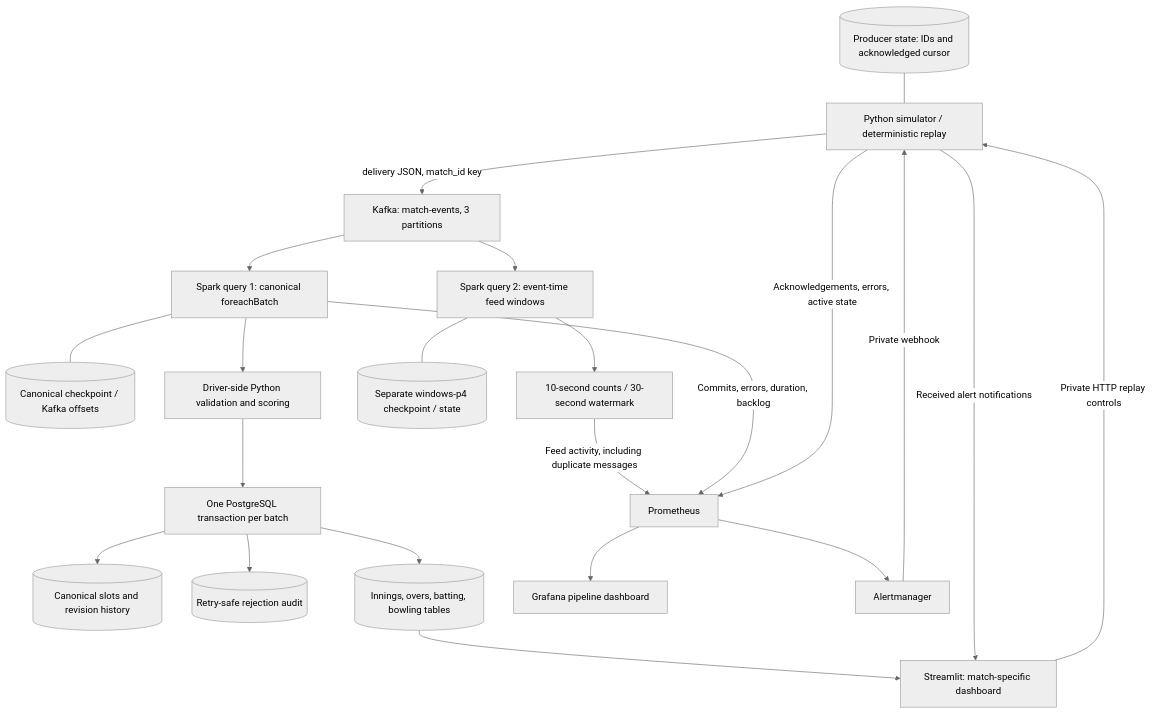
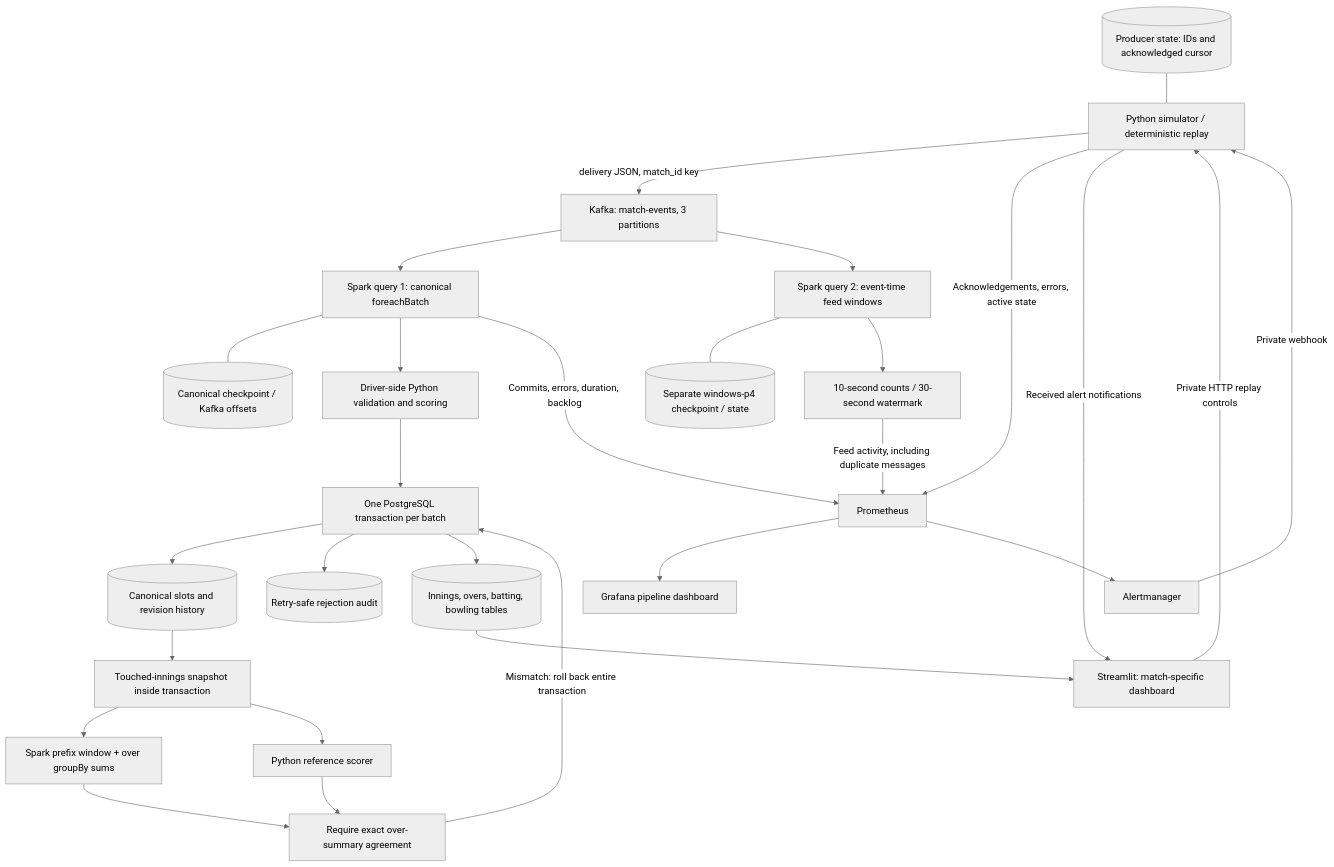
The diagram in docs/architecture.md (abii-18/CrickX), drawn with Mermaid (neutral theme) before and after one commit. The commit also changed other lines of this file and 9 other files, not shown here.

Commit message:
Add reference-verified Spark-native over aggregation

````diff
--- a/docs/architecture.md
+++ b/docs/architecture.md
@@ -3,24 +3,30 @@
 ```mermaid
 flowchart TB
     Sim["Python simulator / deterministic replay"] -->|"delivery JSON, match_id key"| Kafka["Kafka: match-events, 3 partitions"]
     State[("Producer state: IDs and acknowledged cursor")] --- Sim
     Kafka --> Canon["Spark query 1: canonical foreachBatch"]
     Kafka --> Windows["Spark query 2: event-time feed windows"]
     Canon --- CP1[("Canonical checkpoint / Kafka offsets")]
     Canon --> Driver["Driver-side Python validation and scoring"]
     Driver --> Tx["One PostgreSQL transaction per batch"]
     Tx --> Ledger[("Canonical slots and revision history")]
+    Ledger --> Snapshot["Touched-innings snapshot inside transaction"]
+    Snapshot --> OverSpark["Spark prefix window + over groupBy sums"]
+    Snapshot --> Reference["Python reference scorer"]
+    OverSpark --> Compare["Require exact over-summary agreement"]
+    Reference --> Compare
+    Compare -->|"Mismatch: roll back entire transaction"| Tx
     Tx --> Audit[("Retry-safe rejection audit")]
     Tx --> Serving[("Innings, overs, batting, bowling tables")]
     Serving --> UI["Streamlit: match-specific dashboard"]
     UI -->|"Private HTTP replay controls"| Sim
     Windows --- CP2[("Separate windows-p4 checkpoint / state")]
     Windows --> Counts["10-second counts / 30-second watermark"]
     Counts -->|"Feed activity, including duplicate messages"| Prom["Prometheus"]
     Canon -->|"Commits, errors, duration, backlog"| Prom
     Sim -->|"Acknowledgements, errors, active state"| Prom
     Prom --> Grafana["Grafana pipeline dashboard"]
     Prom --> Alerts["Alertmanager"]
     Alerts -->|"Private webhook"| Sim
     Sim -->|"Received alert notifications"| UI
 ```
````
